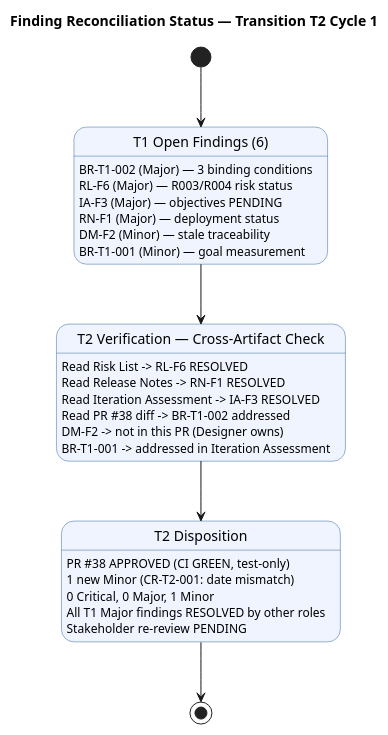
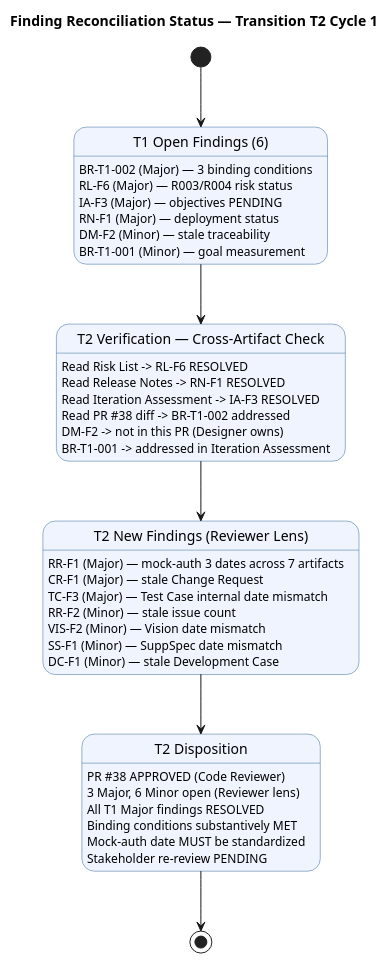
Before and after one commit to banense-test/portal-cuba-corp: the fourth of 6 diagrams in docs/artifacts/project-management/review-record.md, drawn with PlantUML. The commit also changed other lines of this file, not shown here.

First line of the commit message:
Reviewer [T2]: upsert Review Record

````diff
--- a/docs/artifacts/project-management/review-record.md
+++ b/docs/artifacts/project-management/review-record.md
@@ -198,44 +367,57 @@
 ```plantuml
 @startuml
 title Finding Reconciliation Status — Transition T2 Cycle 1
 
 skinparam stateBackgroundColor #F0F4FF
 skinparam stateBorderColor #336699
 skinparam shadowing false
 
 [*] --> T1_Findings
 
 state "T1 Open Findings (6)" as T1_Findings {
   T1_Findings : BR-T1-002 (Major) — 3 binding conditions
   T1_Findings : RL-F6 (Major) — R003/R004 risk status
   T1_Findings : IA-F3 (Major) — objectives PENDING
   T1_Findings : RN-F1 (Major) — deployment status
   T1_Findings : DM-F2 (Minor) — stale traceability
   T1_Findings : BR-T1-001 (Minor) — goal measurement
 }
 
 T1_Findings --> T2_Verification
 
 state "T2 Verification — Cross-Artifact Check" as T2_Verification {
   T2_Verification : Read Risk List -> RL-F6 RESOLVED
   T2_Verification : Read Release Notes -> RN-F1 RESOLVED
   T2_Verification : Read Iteration Assessment -> IA-F3 RESOLVED
   T2_Verification : Read PR #38 diff -> BR-T1-002 addressed
   T2_Verification : DM-F2 -> not in this PR (Designer owns)
   T2_Verification : BR-T1-001 -> addressed in Iteration Assessment
 }
 
-T2_Verification --> T2_Disposition
+T2_Verification --> T2_New_Findings
+
+state "T2 New Findings (Reviewer Lens)" as T2_New_Findings {
+  T2_New_Findings : RR-F1 (Major) — mock-auth 3 dates across 7 artifacts
+  T2_New_Findings : CR-F1 (Major) — stale Change Request
+  T2_New_Findings : TC-F3 (Major) — Test Case internal date mismatch
+  T2_New_Findings : RR-F2 (Minor) — stale issue count
+  T2_New_Findings : VIS-F2 (Minor) — Vision date mismatch
+  T2_New_Findings : SS-F1 (Minor) — SuppSpec date mismatch
+  T2_New_Findings : DC-F1 (Minor) — stale Development Case
+}
+
+T2_New_Findings --> T2_Disposition
 
 state "T2 Disposition" as T2_Disposition {
-  T2_Disposition : PR #38 APPROVED (CI GREEN, test-only)
-  T2_Disposition : 1 new Minor (CR-T2-001: date mismatch)
-  T2_Disposition : 0 Critical, 0 Major, 1 Minor
-  T2_Disposition : All T1 Major findings RESOLVED by other roles
+  T2_Disposition : PR #38 APPROVED (Code Reviewer)
+  T2_Disposition : 3 Major, 6 Minor open (Reviewer lens)
+  T2_Disposition : All T1 Major findings RESOLVED
+  T2_Disposition : Binding conditions substantively MET
+  T2_Disposition : Mock-auth date MUST be standardized
   T2_Disposition : Stakeholder re-review PENDING
 }
 
 T2_Disposition --> [*]
 
 @enduml
 ```
````
